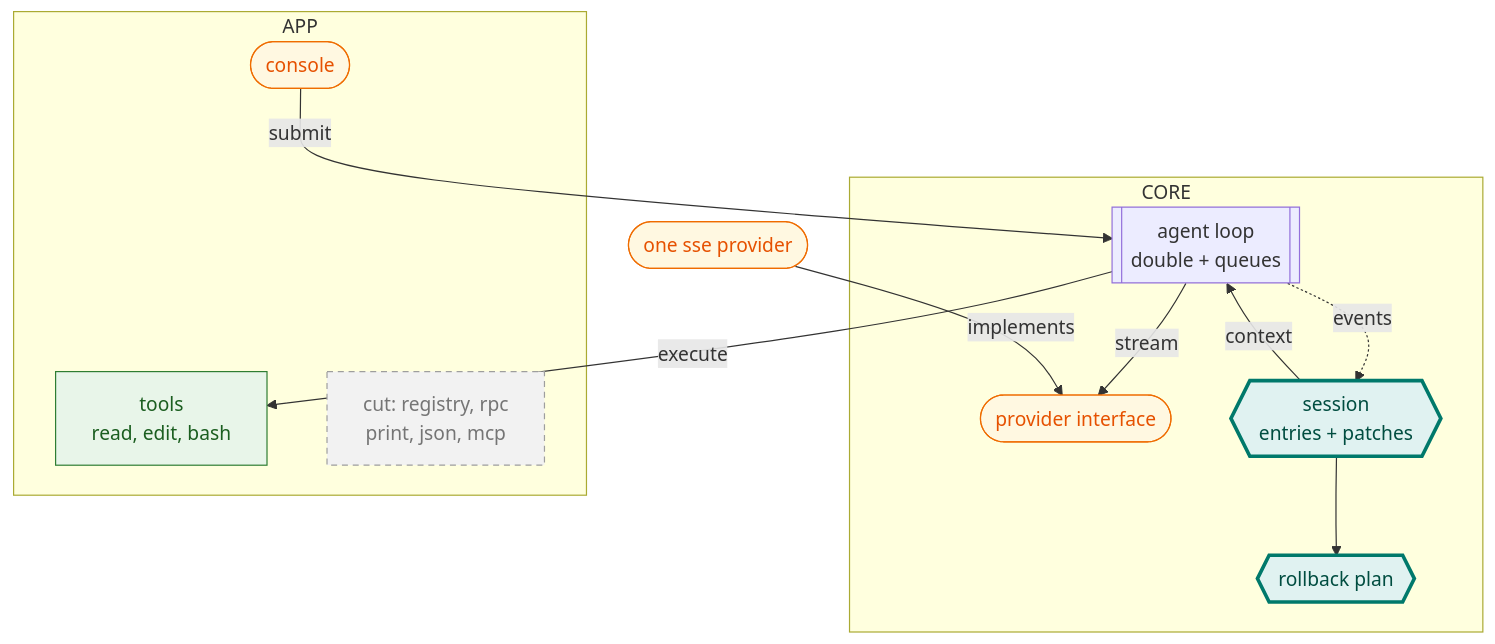
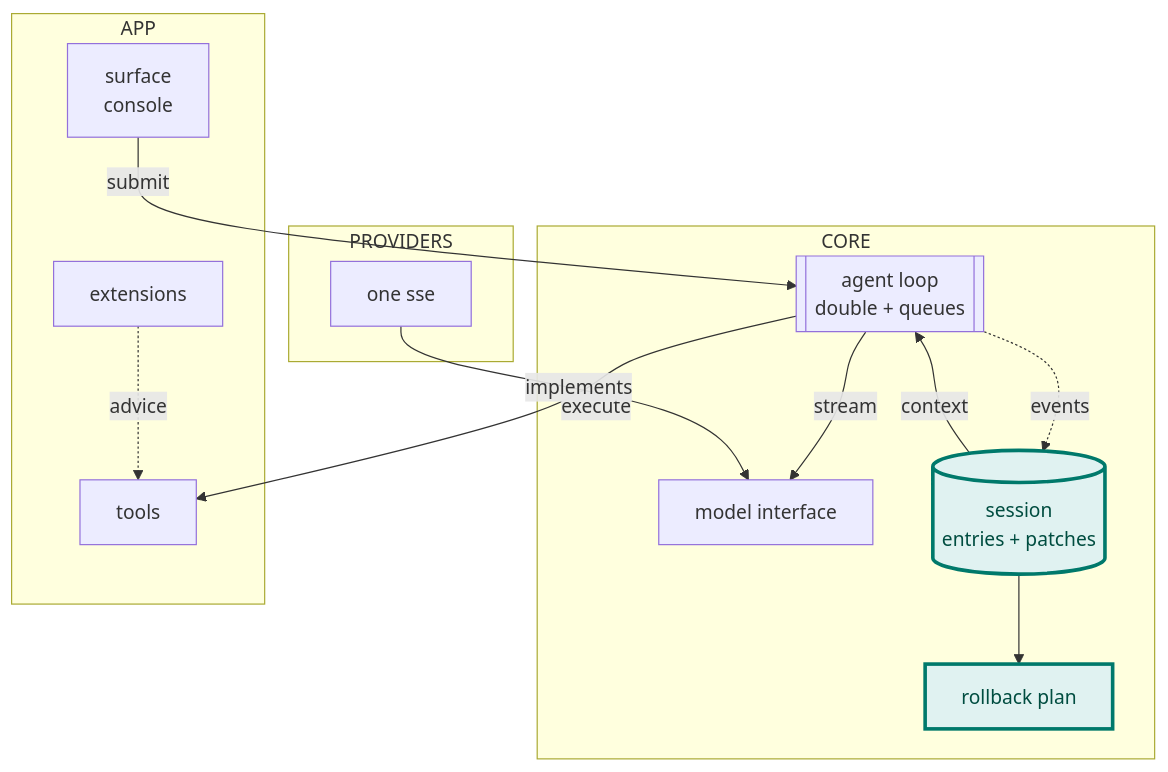
One commit to OverbearingPearl/pearl changed the second of 2 diagrams in README.md. Above: the diagram before and after it, drawn with Mermaid. The commit also changed other lines of this file, not shown here.

````diff
--- a/README.md
+++ b/README.md
@@ -78,30 +83,27 @@
 ```mermaid
 flowchart TB
   subgraph core["CORE"]
     loop[["agent loop<br/>double + queues"]]
-    model(["provider interface"])
-    sess{{"session<br/>entries + patches"}}
-    plan{{"rollback plan"}}
+    model["model interface"]
+    sess[("session<br/>entries + patches")]
+    plan["rollback plan"]
   end
   subgraph app["APP"]
-    tools["tools<br/>read, edit, bash"]
-    surface(["console"])
-    cut["cut: registry, rpc<br/>print, json, mcp"]
+    tools["tools"]
+    ext["extensions"]
+    surface["surface<br/>console"]
   end
-  prov(["one sse provider"])
+  subgraph provs["PROVIDERS"]
+    prov["one sse"]
+  end
   surface -->|submit| loop
   loop -->|stream| model
   loop -->|execute| tools
   loop -.->|events| sess
   sess -->|context| loop
   sess --> plan
+  ext -.->|advice| tools
   prov -->|implements| model
-  classDef keep fill:#e8f5e9,stroke:#2e7d32,color:#1b5e20
-  classDef add fill:#e0f2f1,stroke:#00796b,color:#004d40,stroke-width:3px
-  classDef repl fill:#fff8e1,stroke:#ef6c00,color:#e65100
-  classDef cut fill:#f2f2f2,stroke:#9e9e9e,color:#757575,stroke-dasharray:5 4
-  class tools keep
-  class sess,plan add
-  class model,surface,prov repl
-  class cut cut
+  classDef moved fill:#e0f2f1,stroke:#00796b,color:#004d40,stroke-width:3px
+  class sess,plan moved
 ```
````
